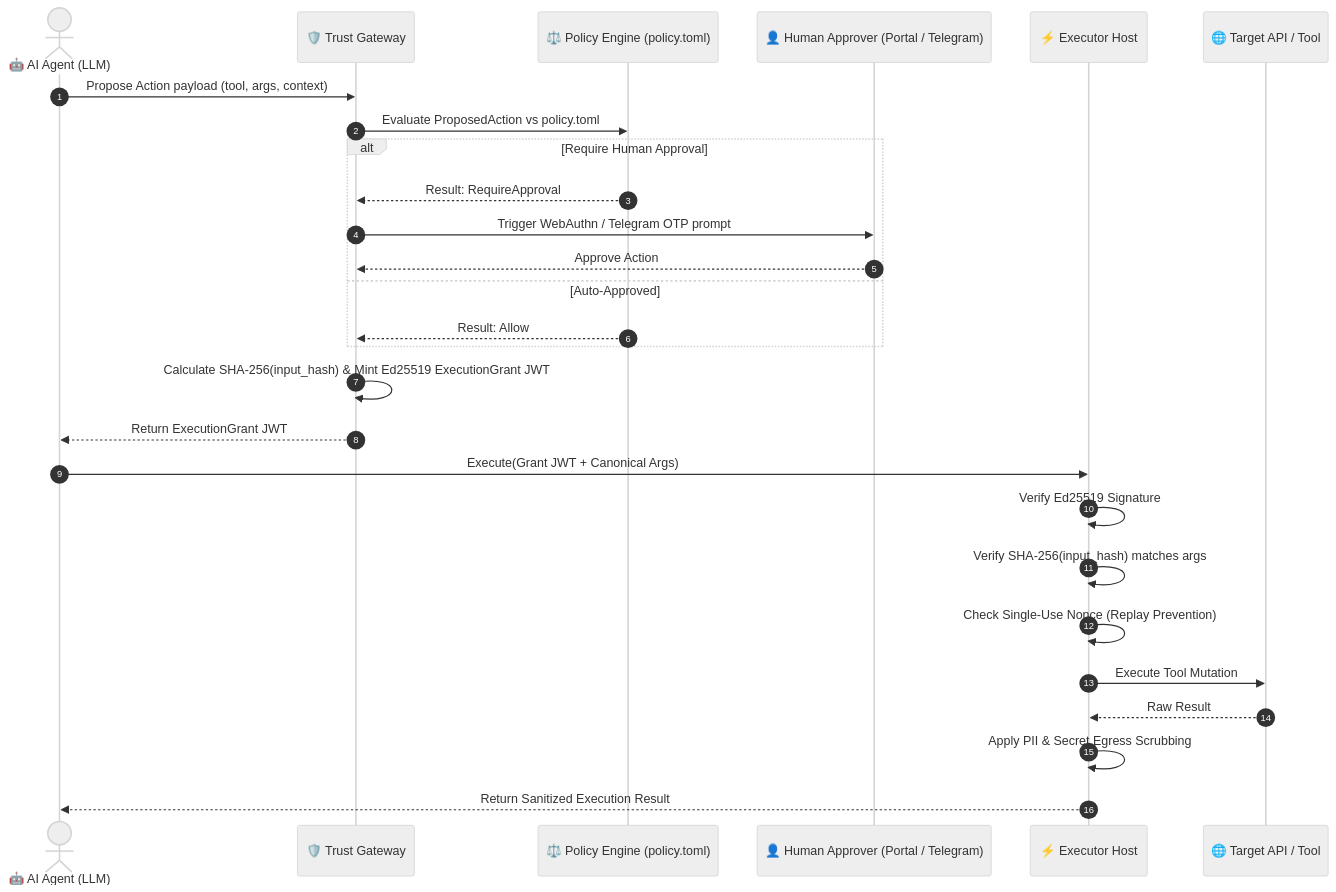
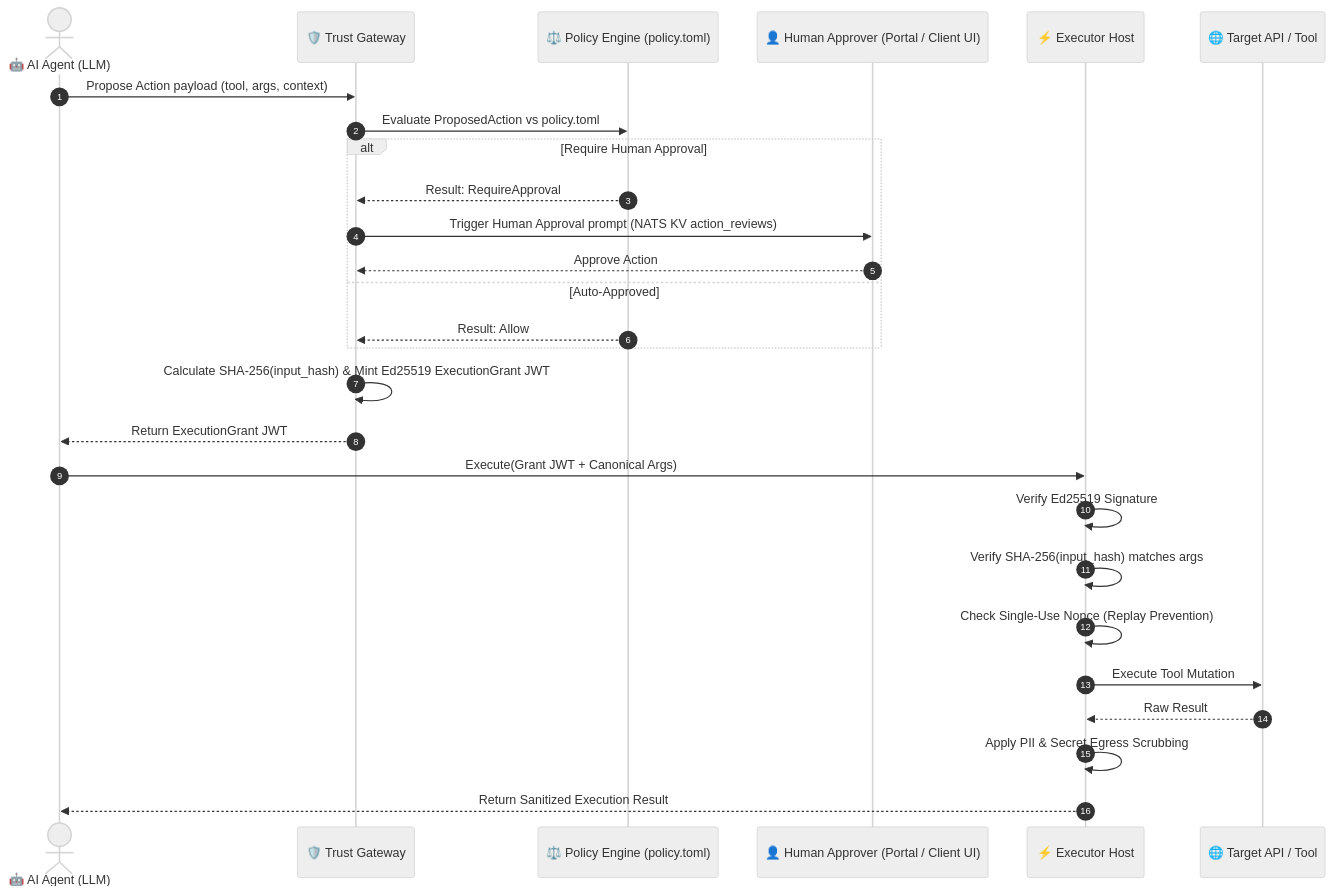
Before and after one commit to fcn06/trust-gateway: the third of 3 diagrams in docs/VISUAL_GUIDE.md, drawn with Mermaid (neutral theme). The commit also changed 2 other files, not shown here.

Commit message:
documentation

````diff
--- a/docs/VISUAL_GUIDE.md
+++ b/docs/VISUAL_GUIDE.md
@@ -42,34 +42,34 @@
 ```mermaid
 sequenceDiagram
     autonumber
     actor Agent as 🤖 AI Agent (LLM)
     participant Gateway as 🛡️ Trust Gateway
     participant Policy as ⚖️ Policy Engine (policy.toml)
-    participant Human as 👤 Human Approver (Portal / Telegram)
+    participant Human as 👤 Human Approver (Portal / Client UI)
     participant Executor as ⚡ Executor Host
     participant API as 🌐 Target API / Tool
 
     Agent->>Gateway: Propose Action payload (tool, args, context)
     Gateway->>Policy: Evaluate ProposedAction vs policy.toml
     
     alt Require Human Approval
         Policy-->>Gateway: Result: RequireApproval
-        Gateway->>Human: Trigger WebAuthn / Telegram OTP prompt
+        Gateway->>Human: Trigger Human Approval prompt (NATS KV action_reviews)
         Human-->>Gateway: Approve Action
     else Auto-Approved
         Policy-->>Gateway: Result: Allow
     end
 
     Gateway->>Gateway: Calculate SHA-256(input_hash) & Mint Ed25519 ExecutionGrant JWT
     Gateway-->>Agent: Return ExecutionGrant JWT
     Agent->>Executor: Execute(Grant JWT + Canonical Args)
     
     Executor->>Executor: Verify Ed25519 Signature
     Executor->>Executor: Verify SHA-256(input_hash) matches args
     Executor->>Executor: Check Single-Use Nonce (Replay Prevention)
     
     Executor->>API: Execute Tool Mutation
     API-->>Executor: Raw Result
     Executor->>Executor: Apply PII & Secret Egress Scrubbing
     Executor-->>Agent: Return Sanitized Execution Result
 ```
````
